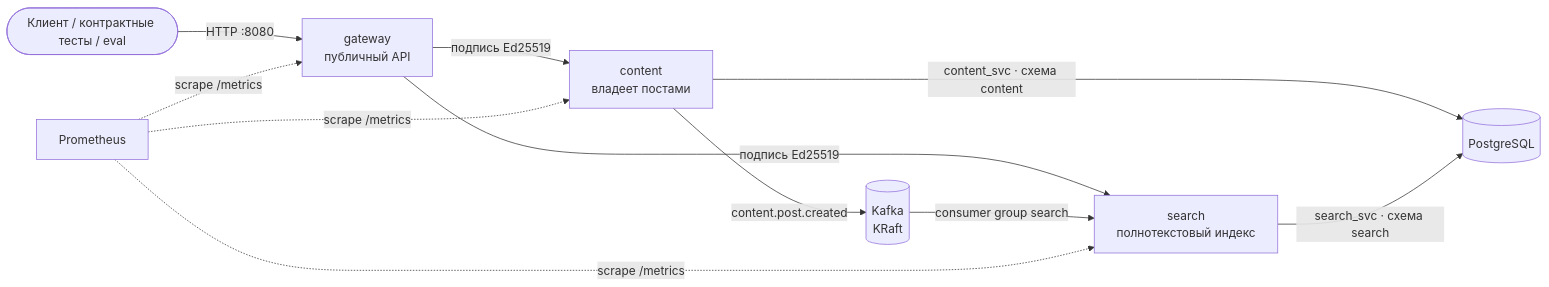
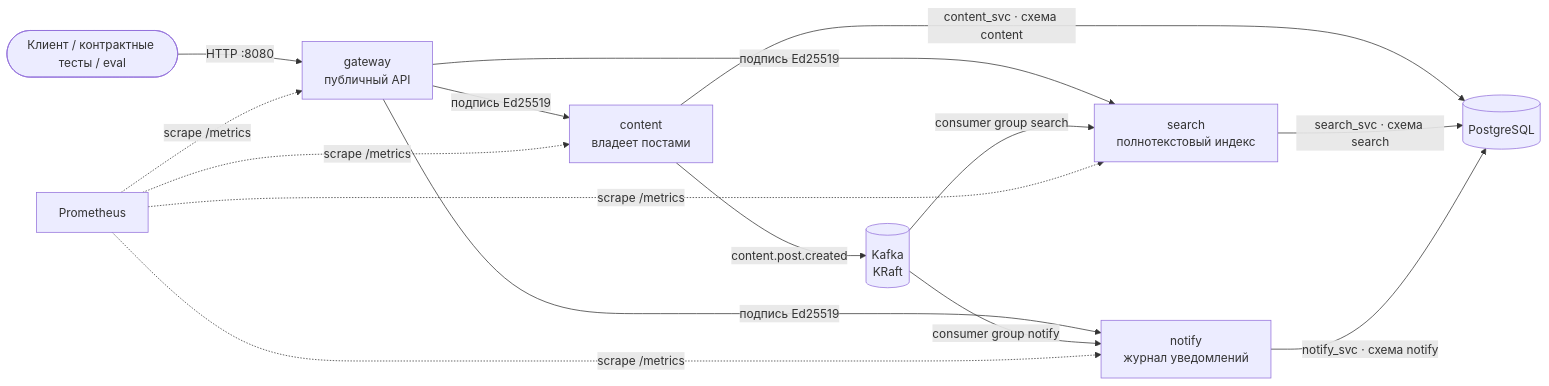
The fourth of 5 diagrams in docs/ru/04-architecture.md (armdev/harness-template), drawn with Mermaid before and after one commit. The commit also changed other lines of this file and 19 other files, not shown here.

````diff
--- a/docs/ru/04-architecture.md
+++ b/docs/ru/04-architecture.md
@@ -92,11 +92,14 @@
 ```mermaid
 flowchart LR
     client(["Клиент / контрактные тесты / eval"]) -->|"HTTP :8080"| gw["gateway<br/>публичный API"]
     gw -->|"подпись Ed25519"| content["content<br/>владеет постами"]
     gw -->|"подпись Ed25519"| search["search<br/>полнотекстовый индекс"]
+    gw -->|"подпись Ed25519"| notify["notify<br/>журнал уведомлений"]
     content -->|content.post.created| kafka[("Kafka<br/>KRaft")]
     kafka -->|"consumer group search"| search
+    kafka -->|"consumer group notify"| notify
     content -->|"content_svc · схема content"| pg[(PostgreSQL)]
     search -->|"search_svc · схема search"| pg
-    prom[Prometheus] -.->|"scrape /metrics"| gw & content & search
+    notify -->|"notify_svc · схема notify"| pg
+    prom[Prometheus] -.->|"scrape /metrics"| gw & content & search & notify
 ```
````
